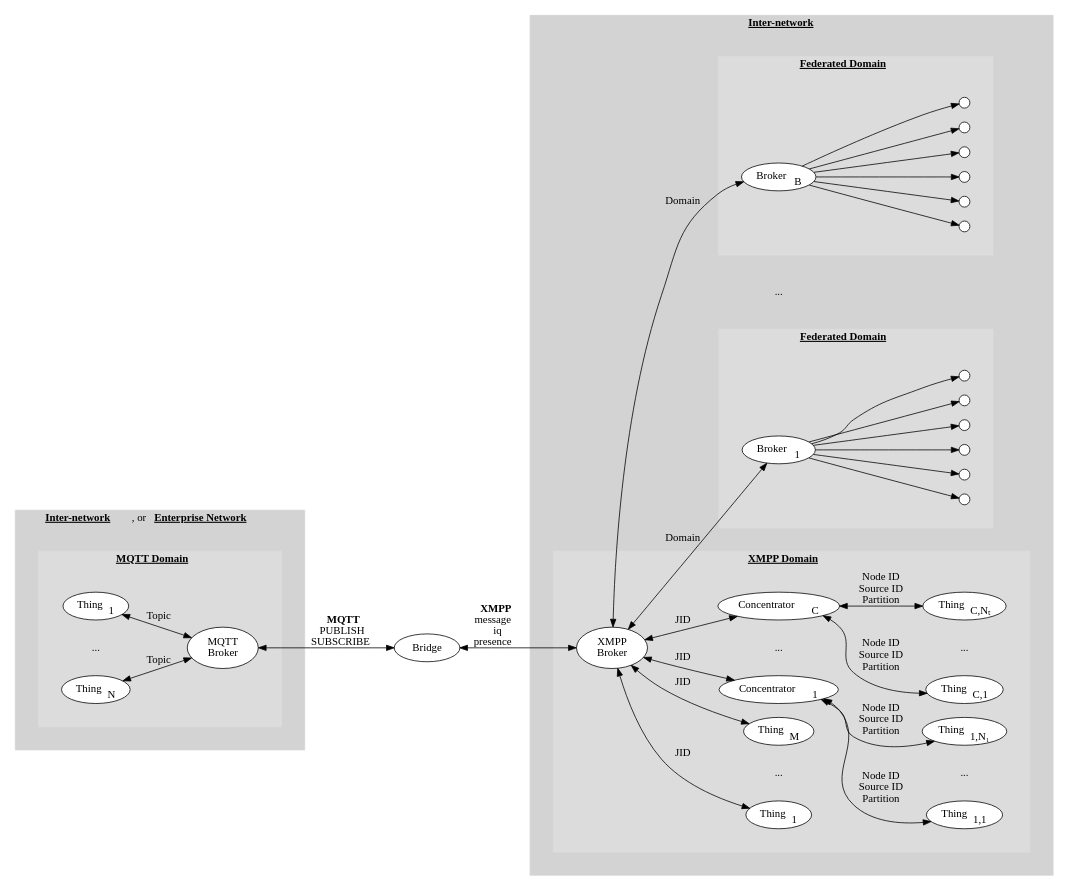
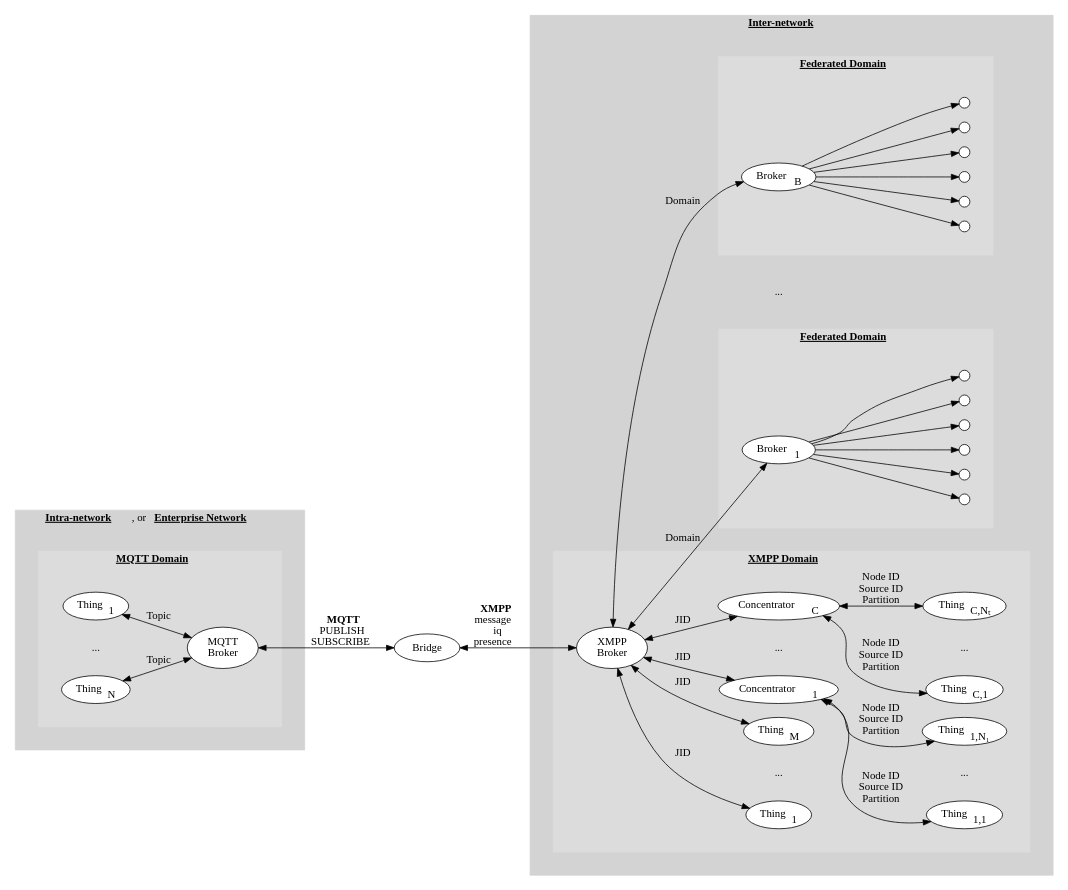
One commit to Neuro-Foundation/IoTBridgeMqtt changed the diagram in Graphs/Topology.gv. Above: the diagram before and after it, drawn with Graphviz. The commit also changed 1 other file, not shown here.

```diff
--- a/Graphs/Topology.gv
+++ b/Graphs/Topology.gv
@@ -1,134 +1,134 @@
 digraph G 
 {
 	rankdir=LR
 
 	node [style=filled, fillcolor=white];
 
 	MQTT [label="MQTT\nBroker"]
 	XMPP [label="XMPP\nBroker"]
 	MD1  [label=<Thing<sub>1</sub>>]
 	MD2  [label="...", shape=none, style=solid]
 	MD3  [label=<Thing<sub>N</sub>>]
 	XD1  [label=<Thing<sub>1</sub>>]
 	XD2  [label="...", shape=none, style=solid]
 	XD3  [label=<Thing<sub>M</sub>>]
 	XC1  [label=<Concentrator<sub>1</sub>>]
 	XC2  [label="...", shape=none, style=solid]
 	XC3  [label=<Concentrator<sub>C</sub>>]
 	CD11 [label=<Thing<sub>1,1</sub>>]
 	CD12 [label="...", shape=none, style=solid]
 	CD13 [label=<Thing<sub>1,N₁</sub>>]
 	CDC1 [label=<Thing<sub>C,1</sub>>]
 	CDC2 [label="...", shape=none, style=solid]
 	CDC3 [label=<Thing<sub>C,Nₜ</sub>>]
 	XB1  [label=<Broker<sub>1</sub>>]
 	XB2  [label="...", shape=none, style=solid]
 	XB3  [label=<Broker<sub>B</sub>>]
 
 	N1   [label="", width=0.2, height=0.2]
 	N2   [label="", width=0.2, height=0.2]
 	N3   [label="", width=0.2, height=0.2]
 	N4   [label="", width=0.2, height=0.2]
 	N5   [label="", width=0.2, height=0.2]
 	N6   [label="", width=0.2, height=0.2]
 
 	M1   [label="", width=0.2, height=0.2]
 	M2   [label="", width=0.2, height=0.2]
 	M3   [label="", width=0.2, height=0.2]
 	M4   [label="", width=0.2, height=0.2]
 	M5   [label="", width=0.2, height=0.2]
 	M6   [label="", width=0.2, height=0.2]
 
 	subgraph cluster_0
 	{
 		style=filled;
 		color=lightgrey;
 		node [style=filled, color=white];
-		label = <<B><U>Inter-network</U></B>, or <B><U>Enterprise Network</U></B>>;
+		label = <<B><U>Intra-network</U></B>, or <B><U>Enterprise Network</U></B>>;
 		margin=30;
 
 		subgraph cluster_1
 		{
 			style=filled;
 			color="#DCDCDC";
 			label = <<B><U>MQTT Domain</U></B>>;
 			margin=30;
 
 			MD1 -> MQTT [dir=both, label=Topic]
 			MD2 -> MQTT [style=invis]
 			MD3 -> MQTT [dir=both, label=Topic]
 		}
 	}
 
 	MQTT -> Bridge [dir=both, label=<<B>MQTT</B><BR/>PUBLISH<BR/>SUBSCRIBE>]
 	Bridge -> XMPP [dir=both, label=<<B>XMPP</B><BR/>message<BR/>iq<BR/>presence>]
 
 	subgraph cluster_2
 	{
 		style=filled;
 		color=lightgrey;
 		node [style=filled, color=white];
 		label = <<B><U>Inter-network</U></B>>;
 		margin=30;
 
 		subgraph cluster_3
 		{
 			style=filled;
 			color="#DCDCDC";
 			node [style=filled, color=white];
 			label = <<B><U>XMPP Domain</U></B>>;
 			margin=30;
 
 			XMPP -> XD1 [dir=both, label=JID]
 			XMPP -> XD2 [style=invis]
 			XMPP -> XD3 [dir=both, label=JID]
 			XMPP -> XC1 [dir=both, label=JID]
 			XMPP -> XC2 [style=invis]
 			XMPP -> XC3 [dir=both, label=JID]
 			XC1 -> CD11 [dir=both, label="Node ID\nSource ID\nPartition"]
 			XC1 -> CD12 [style=invis]
 			XC1 -> CD13 [dir=both, label="Node ID\nSource ID\nPartition"]
 			XC3 -> CDC1 [dir=both, label="Node ID\nSource ID\nPartition"]
 			XC3 -> CDC2 [style=invis]
 			XC3 -> CDC3 [dir=both, label="Node ID\nSource ID\nPartition"]
 		}
 
 		subgraph cluster_4
 		{
 			style=filled;
 			color="#DCDCDC";
 			node [style=filled, color=white];
 			label = <<B><U>Federated Domain</U></B>>;
 			margin=30;
 
 			XMPP -> XB1 [dir=both, label=Domain]
 
 			XB1 -> N1
 			XB1 -> N2
 			XB1 -> N3
 			XB1 -> N4
 			XB1 -> N5
 			XB1 -> N6
 		}
 
 		XMPP -> XB2 [style=invis]
 
 		subgraph cluster_5
 		{
 			style=filled;
 			color="#DCDCDC";
 			node [style=filled, color=white];
 			label = <<B><U>Federated Domain</U></B>>;
 			margin=30;
 
 			XMPP -> XB3 [dir=both, label=Domain]
 
 			XB3 -> M1
 			XB3 -> M2
 			XB3 -> M3
 			XB3 -> M4
 			XB3 -> M5
 			XB3 -> M6
 		}
 	}
 }
```
